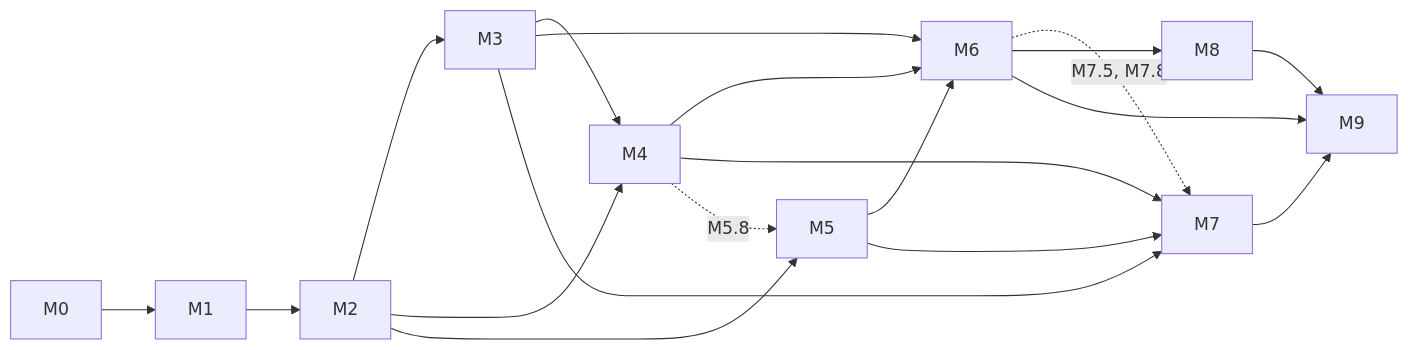
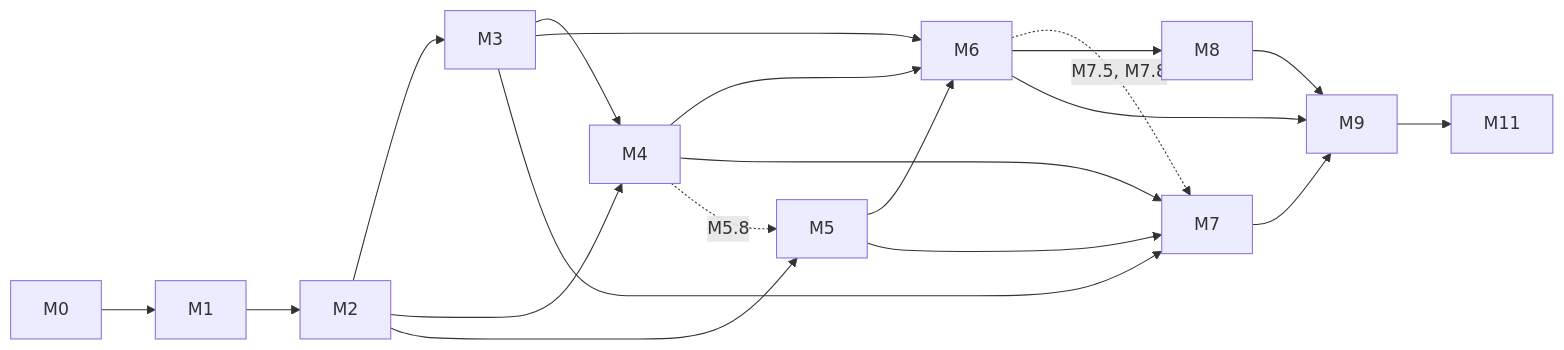
Before and after one commit to epistemer/cfgx: the diagram in docs/roadmap.md, drawn with Mermaid. The commit also changed other lines of this file and 4 other files, not shown here.

````diff
--- a/docs/roadmap.md
+++ b/docs/roadmap.md
@@ -61,21 +62,22 @@
 ```mermaid
 graph LR
   M0 --> M1
   M1 --> M2
   M2 --> M3
   M2 --> M4
   M2 --> M5
   M3 --> M4
   M3 --> M6
   M4 --> M6
   M5 --> M6
   M3 --> M7
   M4 --> M7
   M5 --> M7
   M4 -.->|M5.8| M5
   M6 -.->|M7.5, M7.8| M7
   M6 --> M8
   M6 --> M9
   M7 --> M9
   M8 --> M9
+  M9 --> M11
 ```
````
